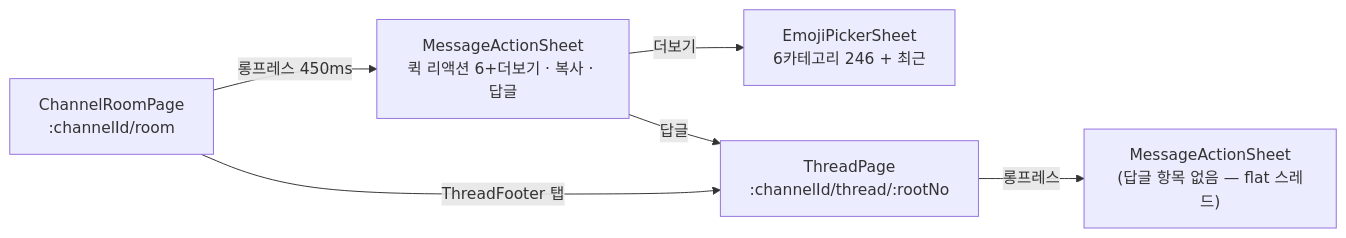
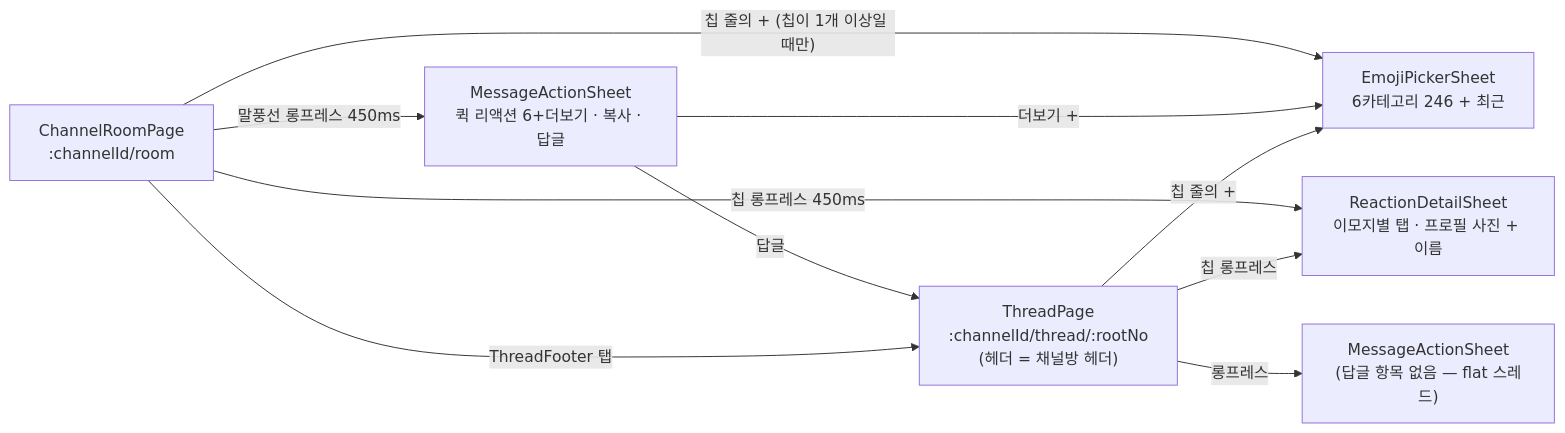
One commit to lemoncloud-io/dou-app changed the third of 5 diagrams in apps/web/docs/feature/channels/emoji-reaction-and-thread.md. Above: the diagram before and after it, drawn with Mermaid. The commit also changed other lines of this file and 1 other file, not shown here.

First line of the commit message:
docs(web/chat): record the reaction and thread refinements

````diff
--- a/apps/web/docs/feature/channels/emoji-reaction-and-thread.md
+++ b/apps/web/docs/feature/channels/emoji-reaction-and-thread.md
@@ -133,8 +214,12 @@
 ```mermaid
 flowchart LR
-    Room["ChannelRoomPage<br/>:channelId/room"] -- "롱프레스 450ms" --> Sheet["MessageActionSheet<br/>퀵 리액션 6+더보기 · 복사 · 답글"]
-    Sheet -- "더보기" --> Picker["EmojiPickerSheet<br/>6카테고리 246 + 최근"]
-    Sheet -- "답글" --> ThreadP["ThreadPage<br/>:channelId/thread/:rootNo"]
+    Room["ChannelRoomPage<br/>:channelId/room"] -- "말풍선 롱프레스 450ms" --> Sheet["MessageActionSheet<br/>퀵 리액션 6+더보기 · 복사 · 답글"]
+    Room -- "칩 줄의 + (칩이 1개 이상일 때만)" --> Picker
+    Room -- "칩 롱프레스 450ms" --> Detail["ReactionDetailSheet<br/>이모지별 탭 · 프로필 사진 + 이름"]
+    ThreadP -- "칩 롱프레스" --> Detail
+    Sheet -- "더보기 +" --> Picker["EmojiPickerSheet<br/>6카테고리 246 + 최근"]
+    Sheet -- "답글" --> ThreadP["ThreadPage<br/>:channelId/thread/:rootNo<br/>(헤더 = 채널방 헤더)"]
     Room -- "ThreadFooter 탭" --> ThreadP
     ThreadP -- "롱프레스" --> Sheet2["MessageActionSheet<br/>(답글 항목 없음 — flat 스레드)"]
+    ThreadP -- "칩 줄의 +" --> Picker
 ```
````
